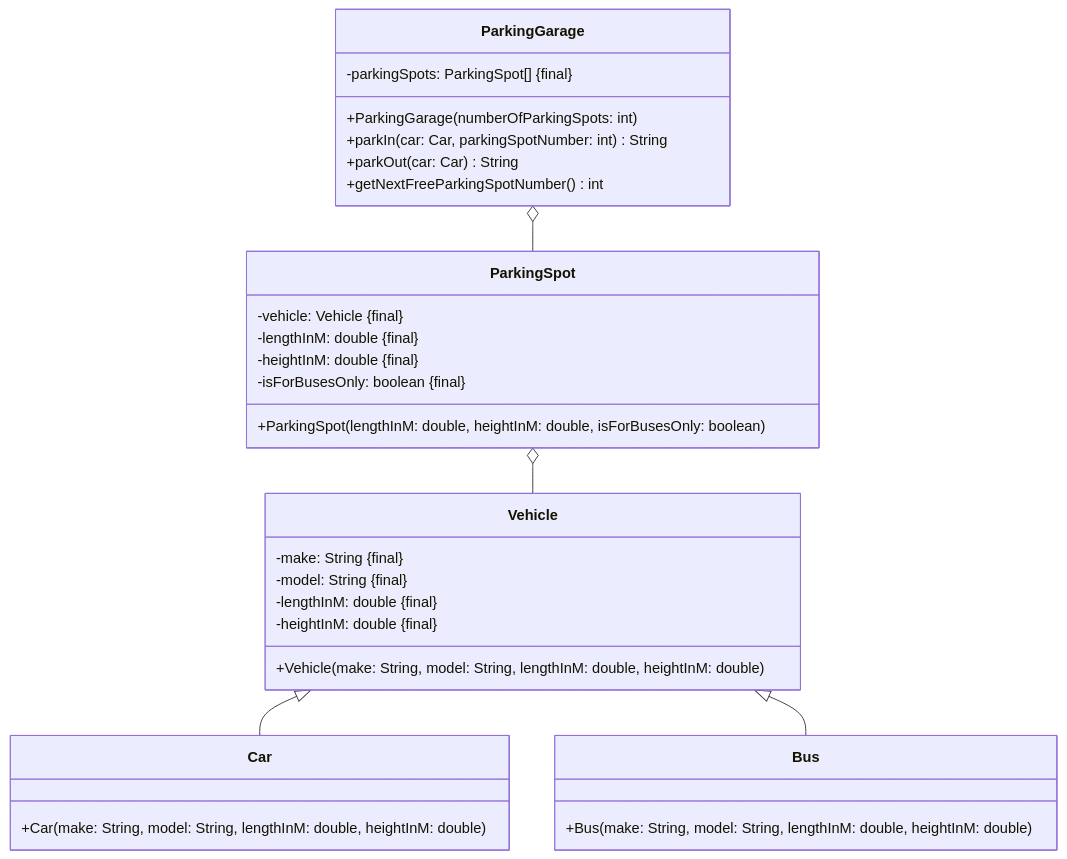
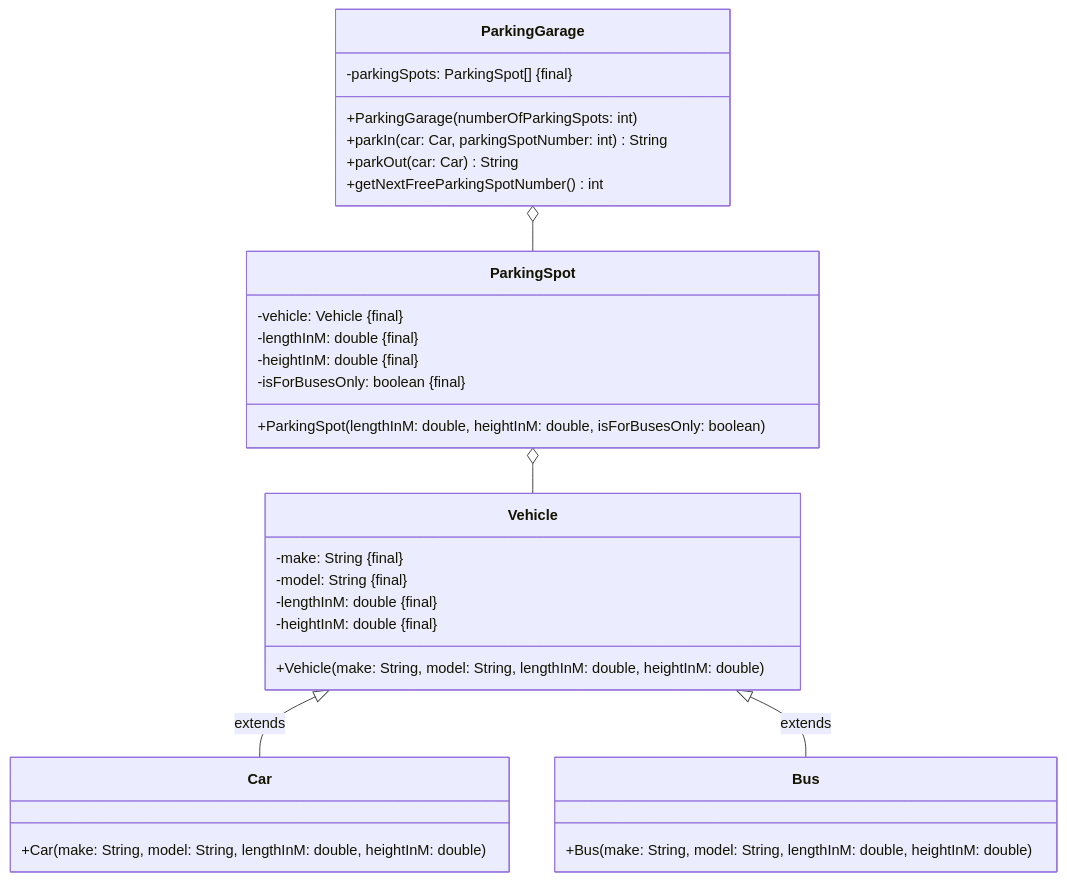
The diagram in docs/exam-exercises/exam-exercises-java1/parking-garage.md (jappuccini/java-docs), drawn with Mermaid before and after one commit. The commit also changed 36 other files, not shown here.

````diff
--- a/docs/exam-exercises/exam-exercises-java1/parking-garage.md
+++ b/docs/exam-exercises/exam-exercises-java1/parking-garage.md
@@ -12,39 +12,39 @@
 ```mermaid
 classDiagram
     ParkingGarage o-- ParkingSpot
     ParkingSpot o-- Vehicle
-    Vehicle <|-- Car
-    Vehicle <|-- Bus
+    Vehicle <|-- Car : extends
+    Vehicle <|-- Bus : extends
 
     class ParkingSpot {
         -vehicle: Vehicle &#123final&#125
         -lengthInM: double &#123final&#125
         -heightInM: double &#123final&#125
         -isForBusesOnly: boolean &#123final&#125
         +ParkingSpot(lengthInM: double, heightInM: double, isForBusesOnly: boolean)
     }
 
     class Vehicle {
         -make: String &#123final&#125
         -model: String &#123final&#125
         -lengthInM: double &#123final&#125
         -heightInM: double &#123final&#125
         +Vehicle(make: String, model: String, lengthInM: double, heightInM: double)
     }
 
     class Car {
         +Car(make: String, model: String, lengthInM: double, heightInM: double)
     }
 
     class Bus {
         +Bus(make: String, model: String, lengthInM: double, heightInM: double)
     }
 
     class ParkingGarage {
         -parkingSpots: ParkingSpot[] &#123final&#125
         +ParkingGarage(numberOfParkingSpots: int)
         +parkIn(car: Car, parkingSpotNumber: int) String
         +parkOut(car: Car) String
         +getNextFreeParkingSpotNumber() int
     }
 ```
````
